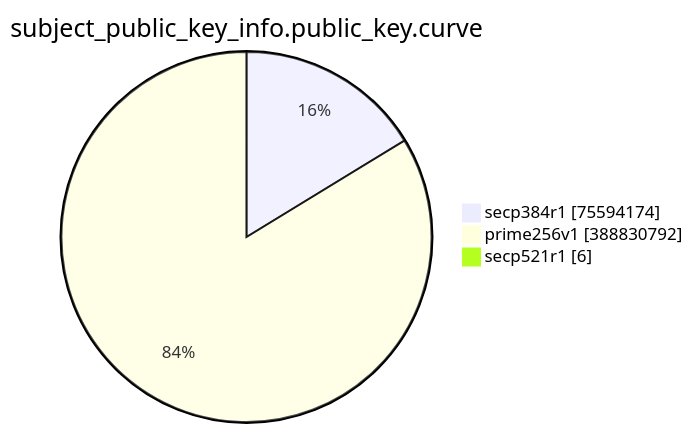
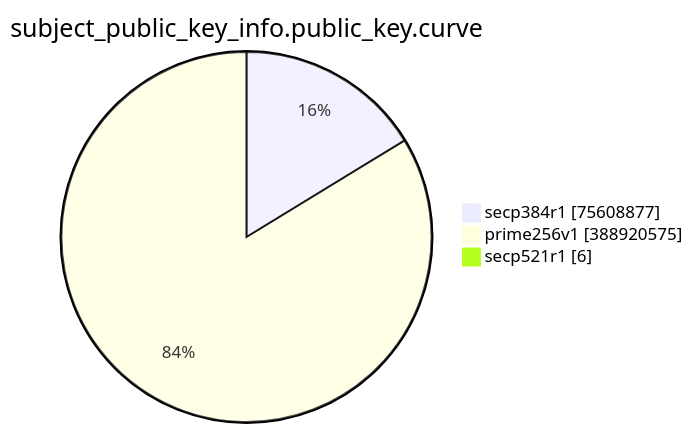
The eighth of 15 diagrams in TOTAL/README.md (christiankrug/ctmonitor_visualization), drawn with Mermaid before and after one commit. The commit also changed other lines of this file, not shown here.

````diff
--- a/TOTAL/README.md
+++ b/TOTAL/README.md
@@ -3094,7 +3094,7 @@
 ```mermaid
 pie showData
 title subject_public_key_info.public_key.curve
-"secp384r1" :75594174
-"prime256v1" :388830792
+"secp384r1" :75608877
+"prime256v1" :388920575
 "secp521r1" :6
 ```
````
